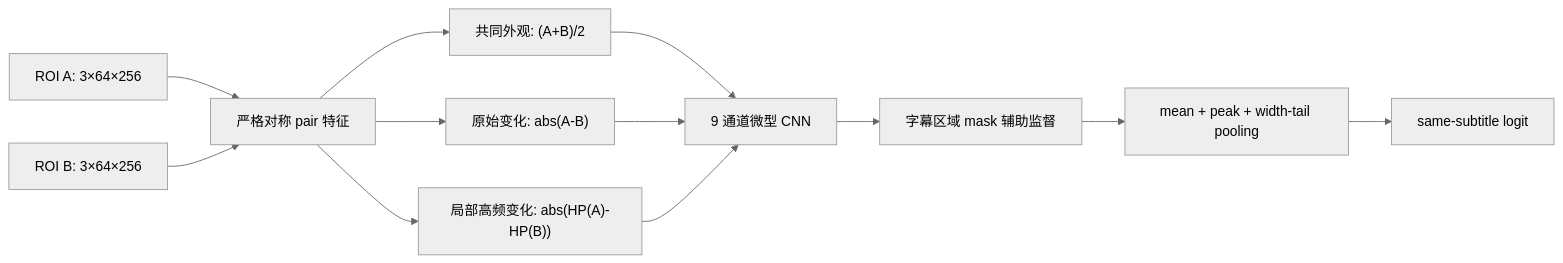
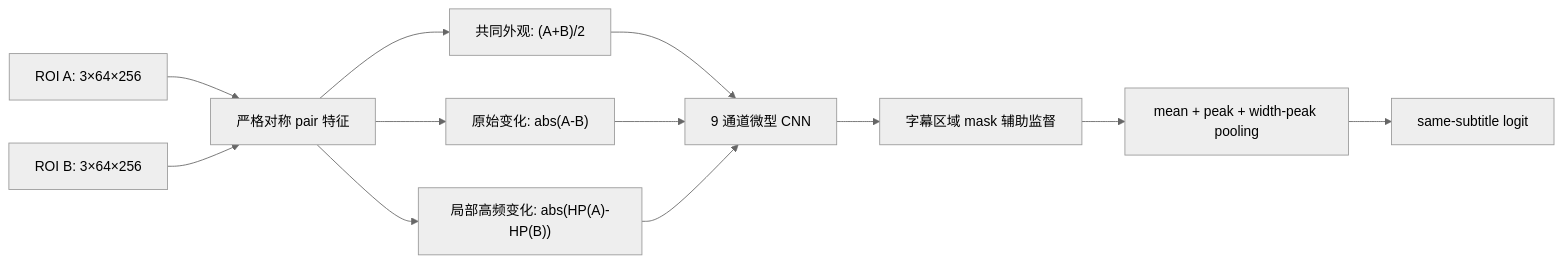
Before and after one commit to weidix/subfast-net: the first of 4 diagrams in docs/roi_pair_matcher_optimization.md, drawn with Mermaid (neutral theme). The commit also changed other lines of this file and 13 other files, not shown here.

````diff
--- a/docs/roi_pair_matcher_optimization.md
+++ b/docs/roi_pair_matcher_optimization.md
@@ -16,14 +16,14 @@
 ```mermaid
 flowchart LR
     A["ROI A: 3×64×256"] --> C["严格对称 pair 特征"]
     B["ROI B: 3×64×256"] --> C
     C --> C1["共同外观: (A+B)/2"]
     C --> C2["原始变化: abs(A-B)"]
     C --> C3["局部高频变化: abs(HP(A)-HP(B))"]
     C1 --> D["9 通道微型 CNN"]
     C2 --> D
     C3 --> D
     D --> E["字幕区域 mask 辅助监督"]
-    E --> F["mean + peak + width-tail pooling"]
+    E --> F["mean + peak + width-peak pooling"]
     F --> G["same-subtitle logit"]
 ```
````
